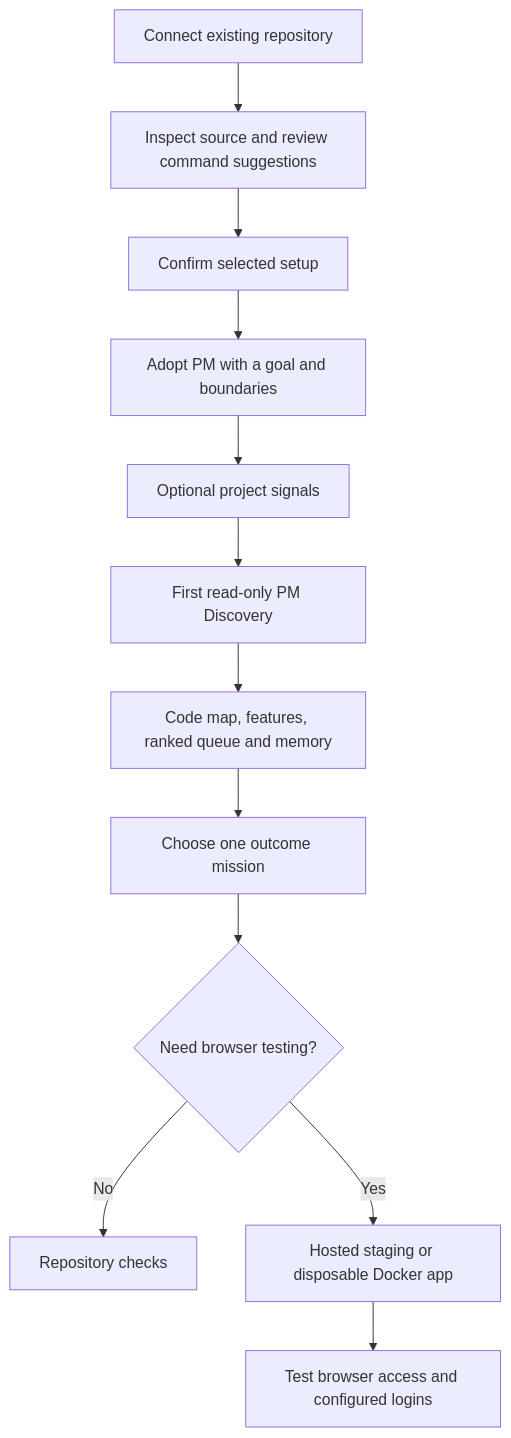
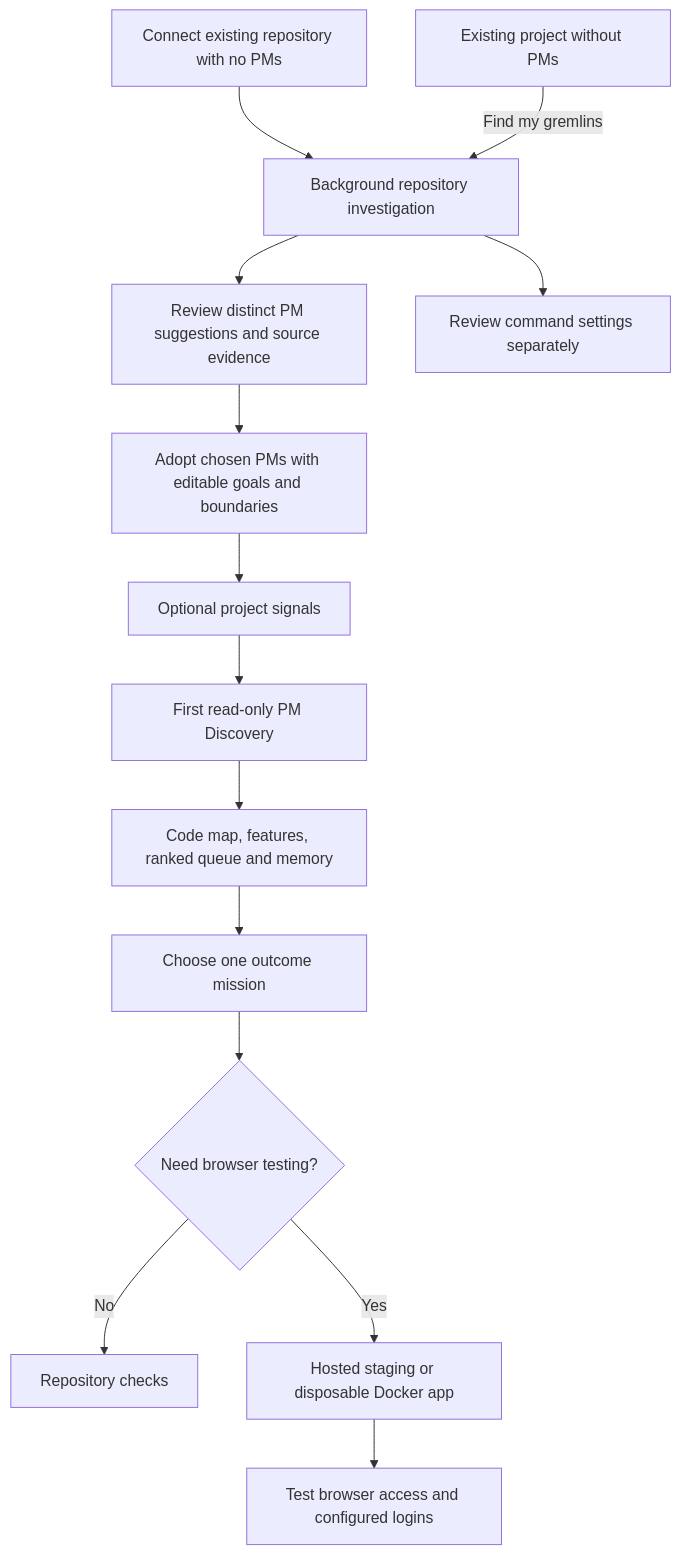
Before and after one commit to AgentBurgundy/shipgremlins: the first of 2 diagrams in docs/PM_WORKFLOW.md, drawn with Mermaid. The commit also changed other lines of this file and 67 other files, not shown here.

````diff
--- a/docs/PM_WORKFLOW.md
+++ b/docs/PM_WORKFLOW.md
@@ -18,14 +21,16 @@
 ```mermaid
 flowchart TD
-  Repo[Connect existing repository] --> Inspect[Inspect source and review command suggestions]
-  Inspect --> Confirm[Confirm selected setup]
-  Confirm --> PM[Adopt PM with a goal and boundaries]
+  Repo[Connect existing repository with no PMs] --> Inspect[Background repository investigation]
+  Empty[Existing project without PMs] -->|Find my gremlins| Inspect
+  Inspect --> Crew[Review distinct PM suggestions and source evidence]
+  Crew --> PM[Adopt chosen PMs with editable goals and boundaries]
+  Inspect --> Confirm[Review command settings separately]
   PM --> Signals[Optional project signals]
   Signals --> Discovery[First read-only PM Discovery]
   Discovery --> Memory[Code map, features, ranked queue and memory]
   Memory --> Mission[Choose one outcome mission]
   Mission --> Strategy{Need browser testing?}
   Strategy -->|No| Code[Repository checks]
   Strategy -->|Yes| Hosted[Hosted staging or disposable Docker app]
   Hosted --> Access[Test browser access and configured logins]
 ```
````
